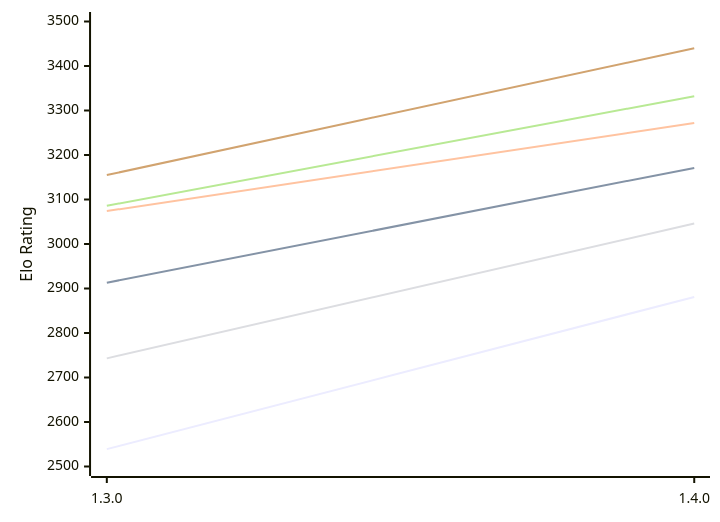
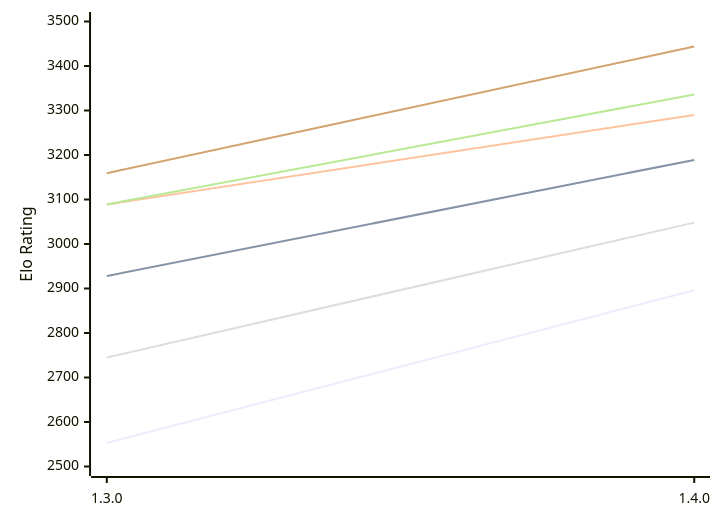
The first of 2 diagrams in engines/Ember.md (computer-chess-index/cci), drawn with Mermaid before and after one commit. The commit also changed other lines of this file, not shown here.

Commit message:
Update CCI Ratings (ELO VLTC) - 2026-10-22

````diff
--- a/engines/Ember.md
+++ b/engines/Ember.md
@@ -51,12 +51,12 @@
 ```mermaid
 %%{init: {"theme":"base","themeVariables":{"seriesColors:['#a3a3a3','#222221','#faa371']}}}%%
 xychart-beta
   x-axis ["1.3.0", "1.4.0"]
   y-axis "Elo Rating" 2500 --> 3500
-  line "E1: STC (8.0+0.08s)" [2539, 2881]
-  line "E1: LTC (60.0+0.60s)" [2913, 3171]
-  line "E1: VLTC (2m24s+1.12s)" [3074, 3272]
-  line "P1: STC (8.0+0.08s)" [2743, 3046]
-  line "P1: LTC (60.0+0.60s)" [3086, 3332]
-  line "P1: VLTC (2m24s+1.12s)" [3155, 3440]
+  line "E1: STC (8.0+0.08s)" [2553, 2896]
+  line "E1: LTC (60.0+0.60s)" [2928, 3189]
+  line "E1: VLTC (2m24s+1.12s)" [3089, 3290]
+  line "P1: STC (8.0+0.08s)" [2745, 3048]
+  line "P1: LTC (60.0+0.60s)" [3089, 3336]
+  line "P1: VLTC (2m24s+1.12s)" [3159, 3444]
 ```
````
